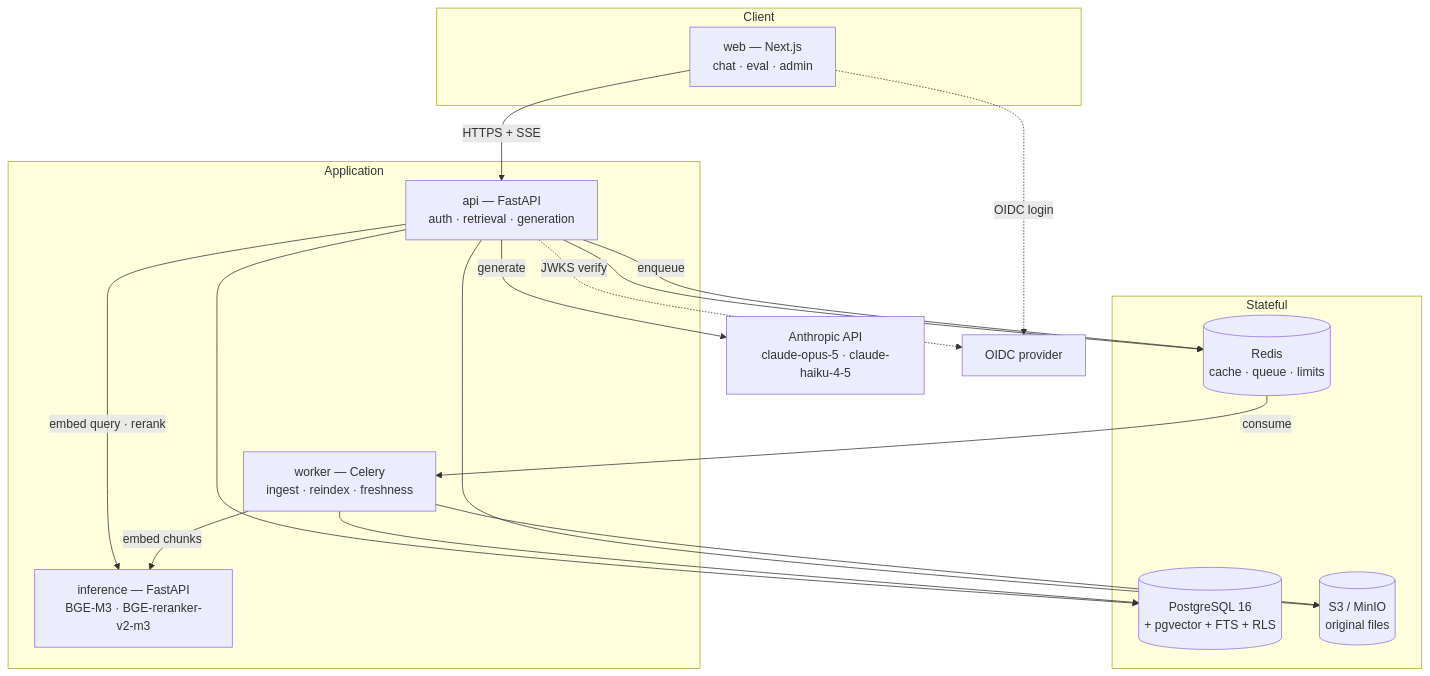
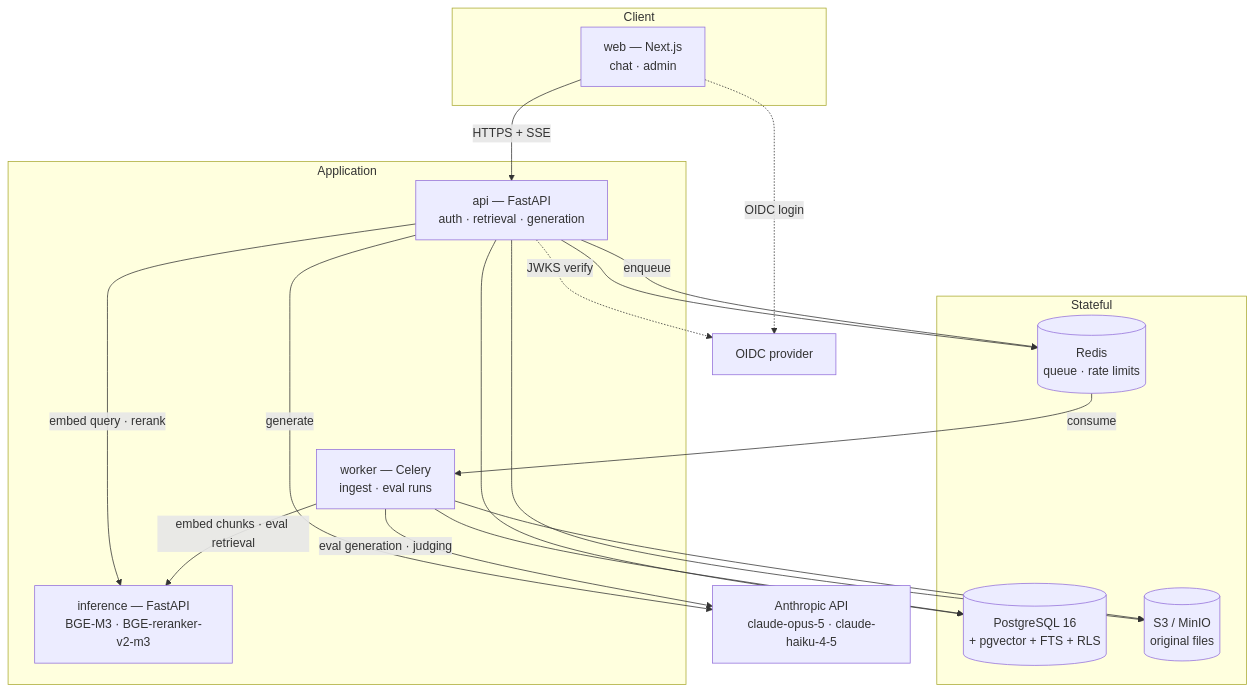
One commit to fsoaz/enterprise-rag changed the first of 2 diagrams in docs/context/architecture.md. Above: the diagram before and after it, drawn with Mermaid. The commit also changed other lines of this file and 16 other files, not shown here.

````diff
--- a/docs/context/architecture.md
+++ b/docs/context/architecture.md
@@ -68,35 +72,36 @@
 ```mermaid
 flowchart TB
     subgraph client["Client"]
-        WEB["web — Next.js<br/>chat · eval · admin"]
+        WEB["web — Next.js<br/>chat · admin"]
     end
 
     subgraph app["Application"]
         API["api — FastAPI<br/>auth · retrieval · generation"]
-        WRK["worker — Celery<br/>ingest · reindex · freshness"]
+        WRK["worker — Celery<br/>ingest · eval runs"]
         INF["inference — FastAPI<br/>BGE-M3 · BGE-reranker-v2-m3"]
     end
 
     subgraph data["Stateful"]
         PG[("PostgreSQL 16<br/>+ pgvector + FTS + RLS")]
-        RDS[("Redis<br/>cache · queue · limits")]
+        RDS[("Redis<br/>queue · rate limits")]
         OBJ[("S3 / MinIO<br/>original files")]
     end
 
     EXT["Anthropic API<br/>claude-opus-5 · claude-haiku-4-5"]
     IDP["OIDC provider"]
 
     WEB -->|"HTTPS + SSE"| API
     WEB -.->|"OIDC login"| IDP
     API -.->|"JWKS verify"| IDP
     API --> PG
     API --> RDS
     API --> OBJ
     API -->|"embed query · rerank"| INF
     API -->|"generate"| EXT
     API -->|"enqueue"| RDS
     RDS -->|"consume"| WRK
     WRK --> PG
     WRK --> OBJ
-    WRK -->|"embed chunks"| INF
+    WRK -->|"embed chunks · eval retrieval"| INF
+    WRK -->|"eval generation · judging"| EXT
 ```
````
